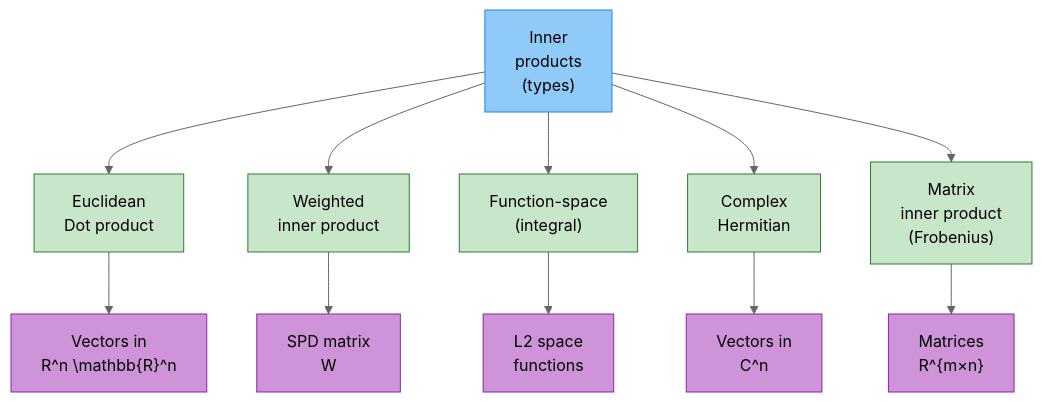
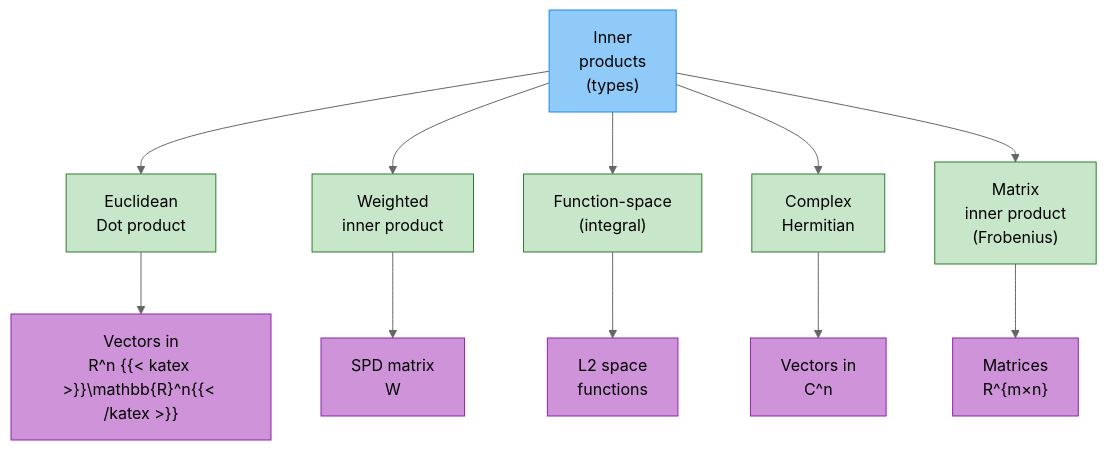
Before and after one commit to arshadhs/arshadhs.github.io: the diagram in content/docs/ai/maths/010-linear-algebra/02-vector-spaces/040-inner-products.md, drawn with Mermaid (neutral theme).

```diff
--- a/content/docs/ai/maths/010-linear-algebra/02-vector-spaces/040-inner-products.md
+++ b/content/docs/ai/maths/010-linear-algebra/02-vector-spaces/040-inner-products.md
@@ -19,28 +19,28 @@
 {{< mermaid >}}
 flowchart TD
 T["Inner<br/>products<br/>(types)"] --> DOT["Euclidean<br/>Dot product"]
 T --> WIP["Weighted<br/>inner product"]
 T --> FN["Function-space<br/>(integral)"]
 T --> HERM["Complex<br/>Hermitian"]
 T --> MAT["Matrix<br/>inner product<br/>(Frobenius)"]
 
-DOT --> Rn["Vectors in<br/>R^n \mathbb{R}^n"]
+DOT --> Rn["Vectors in<br/>R^n {{< katex >}}\mathbb{R}^n{{< /katex >}}"]
 WIP --> SPD["SPD matrix<br/>W"]
 FN --> L2["L2 space<br/>functions"]
 HERM --> Cn["Vectors in<br/>C^n"]
 MAT --> Mnm["Matrices<br/>R^{m×n}"]
 
 style T fill:#90CAF9,stroke:#1E88E5,color:#000
 
 style DOT fill:#C8E6C9,stroke:#2E7D32,color:#000
 style WIP fill:#C8E6C9,stroke:#2E7D32,color:#000
 style FN fill:#C8E6C9,stroke:#2E7D32,color:#000
 style HERM fill:#C8E6C9,stroke:#2E7D32,color:#000
 style MAT fill:#C8E6C9,stroke:#2E7D32,color:#000
 
 style Rn fill:#CE93D8,stroke:#8E24AA,color:#000
 style SPD fill:#CE93D8,stroke:#8E24AA,color:#000
 style L2 fill:#CE93D8,stroke:#8E24AA,color:#000
 style Cn fill:#CE93D8,stroke:#8E24AA,color:#000
 style Mnm fill:#CE93D8,stroke:#8E24AA,color:#000
 {{< /mermaid >}}
```
